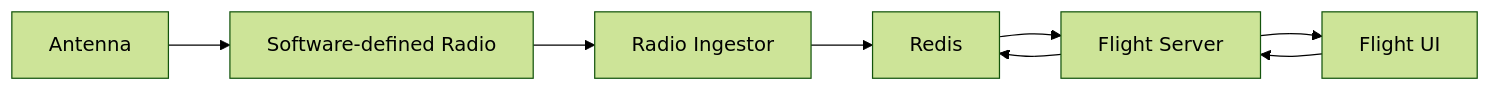
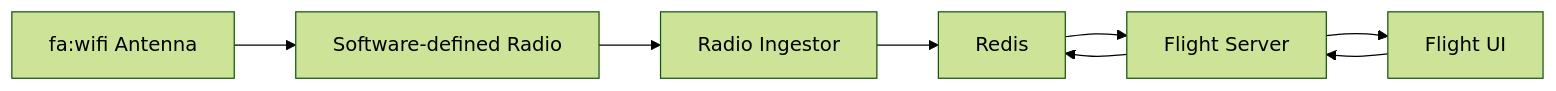
The diagram in README.md (guyroyse/tracking-aircraft), drawn with Mermaid (forest theme) before and after one commit.

Commit message:
trying font aweseme icon

````diff
--- a/README.md
+++ b/README.md
@@ -157,10 +157,10 @@
 ```mermaid
 flowchart LR
-  A[Antenna] --> B[Software-defined Radio]
+  A["fa:wifi Antenna"] --> B[Software-defined Radio]
   B --> C[Radio Ingestor]
   C --> D[Redis]
   D --> E[Flight Server]
   E --> D
   E --> F[Flight UI]
   F --> E
 ```
````
